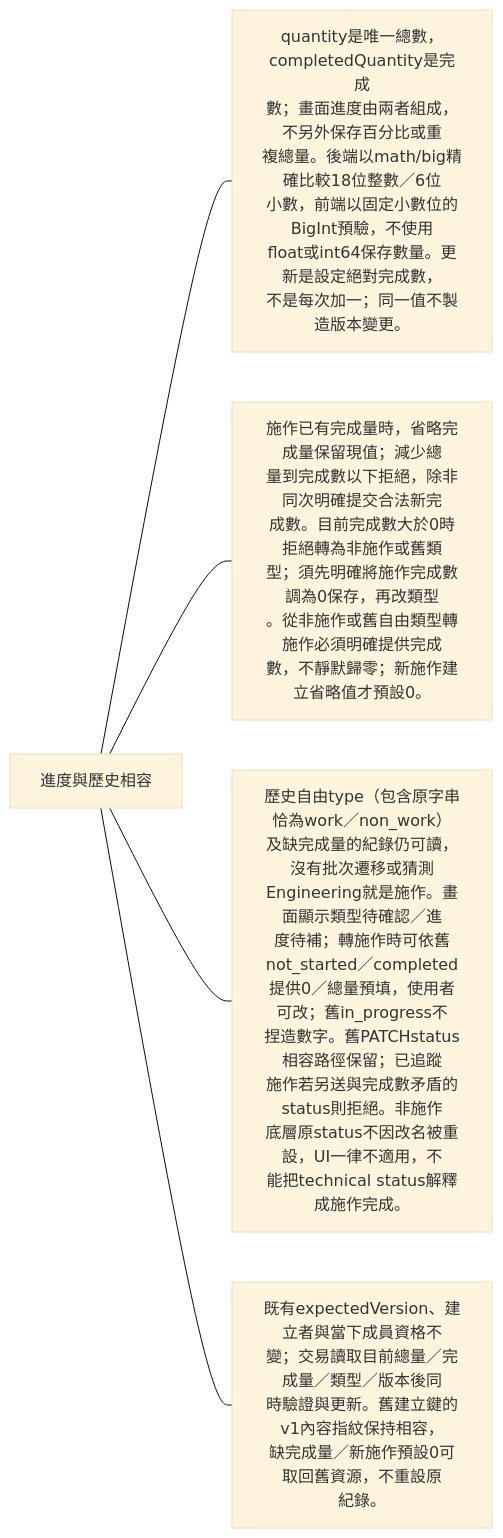
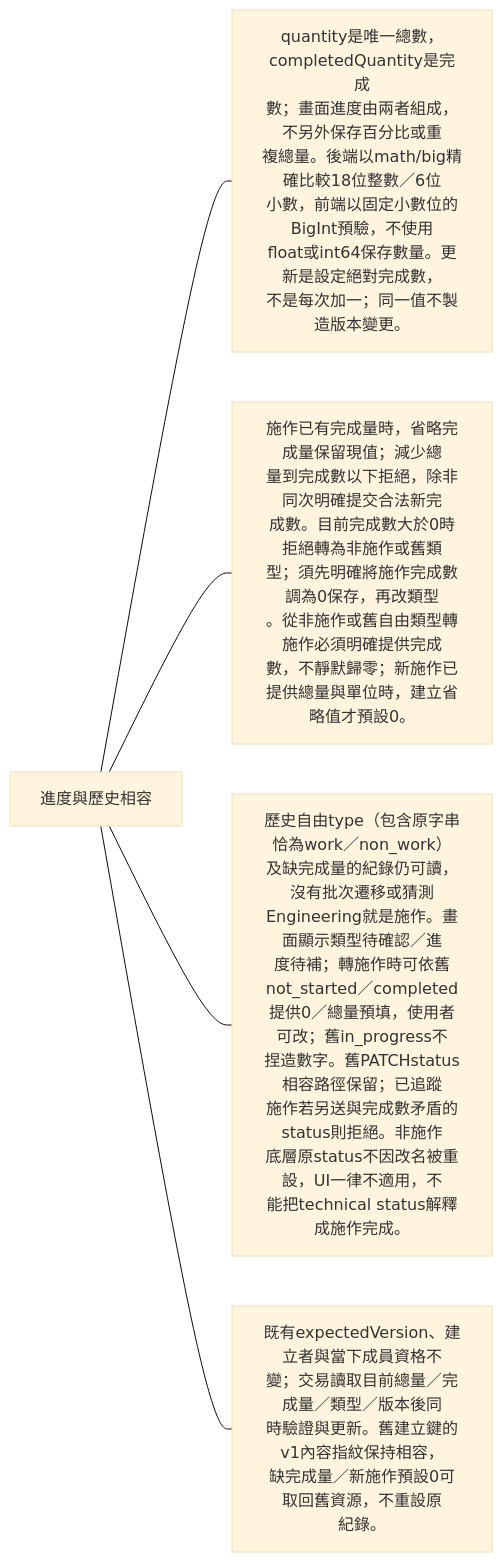
Before and after one commit to 963sup/line-mini-app-bot: the fifth of 8 diagrams in docs/domains/object/design.md, drawn with Mermaid (base theme). The commit also changed other lines of this file and 63 other files, not shown here.

````diff
--- a/docs/domains/object/design.md
+++ b/docs/domains/object/design.md
@@ -38,8 +38,8 @@
 ```mermaid
 flowchart LR
   h["進度與歷史相容"]
   h --- n0["quantity是唯一總數，completedQuantity是完成<br/>數；畫面進度由兩者組成，不另外保存百分比或重<br/>複總量。後端以math/big精確比較18位整數／6位<br/>小數，前端以固定小數位的BigInt預驗，不使用<br/>float或int64保存數量。更新是設定絕對完成數，<br/>不是每次加一；同一值不製造版本變更。"]
-  h --- n1["施作已有完成量時，省略完成量保留現值；減少總<br/>量到完成數以下拒絕，除非同次明確提交合法新完<br/>成數。目前完成數大於0時拒絕轉為非施作或舊類<br/>型；須先明確將施作完成數調為0保存，再改類型<br/>。從非施作或舊自由類型轉施作必須明確提供完成<br/>數，不靜默歸零；新施作建立省略值才預設0。"]
+  h --- n1["施作已有完成量時，省略完成量保留現值；減少總<br/>量到完成數以下拒絕，除非同次明確提交合法新完<br/>成數。目前完成數大於0時拒絕轉為非施作或舊類<br/>型；須先明確將施作完成數調為0保存，再改類型<br/>。從非施作或舊自由類型轉施作必須明確提供完成<br/>數，不靜默歸零；新施作已提供總量與單位時，建立省略值才預設0。"]
   h --- n2["歷史自由type（包含原字串恰為work／non_work）<br/>及缺完成量的紀錄仍可讀，沒有批次遷移或猜測<br/>Engineering就是施作。畫面顯示類型待確認／進<br/>度待補；轉施作時可依舊not_started／completed<br/>提供0／總量預填，使用者可改；舊in_progress不<br/>捏造數字。舊PATCHstatus相容路徑保留；已追蹤<br/>施作若另送與完成數矛盾的status則拒絕。非施作<br/>底層原status不因改名被重設，UI一律不適用，不<br/>能把technical status解釋成施作完成。"]
   h --- n3["既有expectedVersion、建立者與當下成員資格不<br/>變；交易讀取目前總量／完成量／類型／版本後同<br/>時驗證與更新。舊建立鍵的v1內容指紋保持相容，<br/>缺完成量／新施作預設0可取回舊資源，不重設原<br/>紀錄。"]
 ```
````
